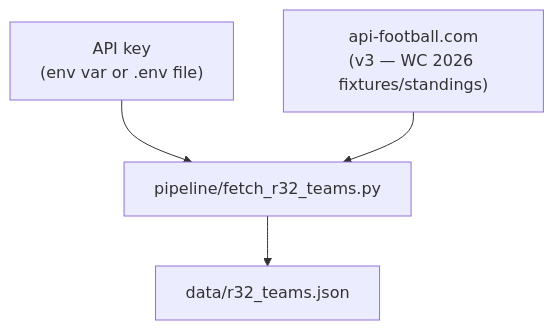
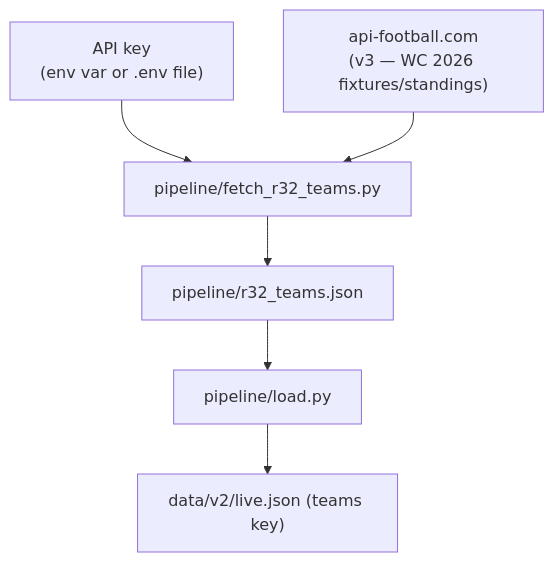
One commit to born-in-plays-for/mundial-build changed the diagram in r32_teams.md. Above: the diagram before and after it, drawn with Mermaid. The commit also changed other lines of this file and 7 other files, not shown here.

First line of the commit message:
Retire r32_teams.json as a frontend-facing file — now pipeline-internal

````diff
--- a/r32_teams.md
+++ b/r32_teams.md
@@ -5,12 +5,16 @@
 ```mermaid
 flowchart TD
     API["api-football.com\n(v3 — WC 2026 fixtures/standings)"]
     KEY["API key\n(env var or .env file)"]
 
     FR["pipeline/fetch_r32_teams.py"]
-    OUT["data/r32_teams.json"]
+    OUT["pipeline/r32_teams.json"]
+    LOAD["pipeline/load.py"]
+    LIVE["data/v2/live.json (teams key)"]
 
     KEY --> FR
     API --> FR
     FR --> OUT
+    OUT --> LOAD
+    LOAD --> LIVE
 ```
````
